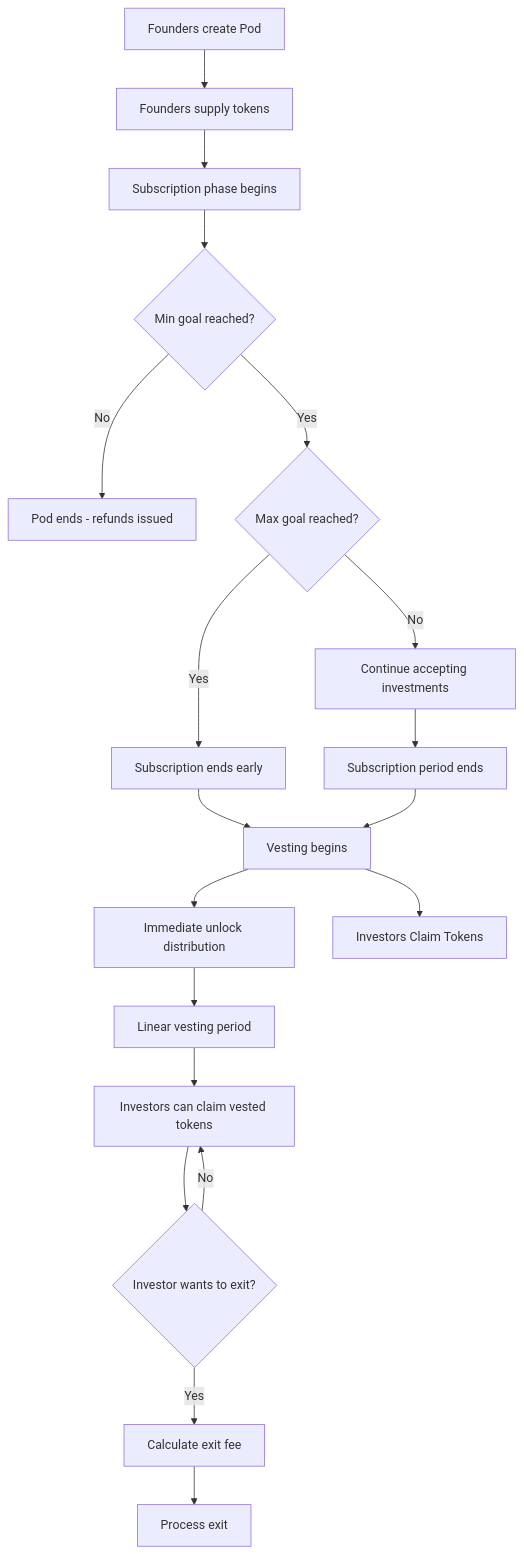
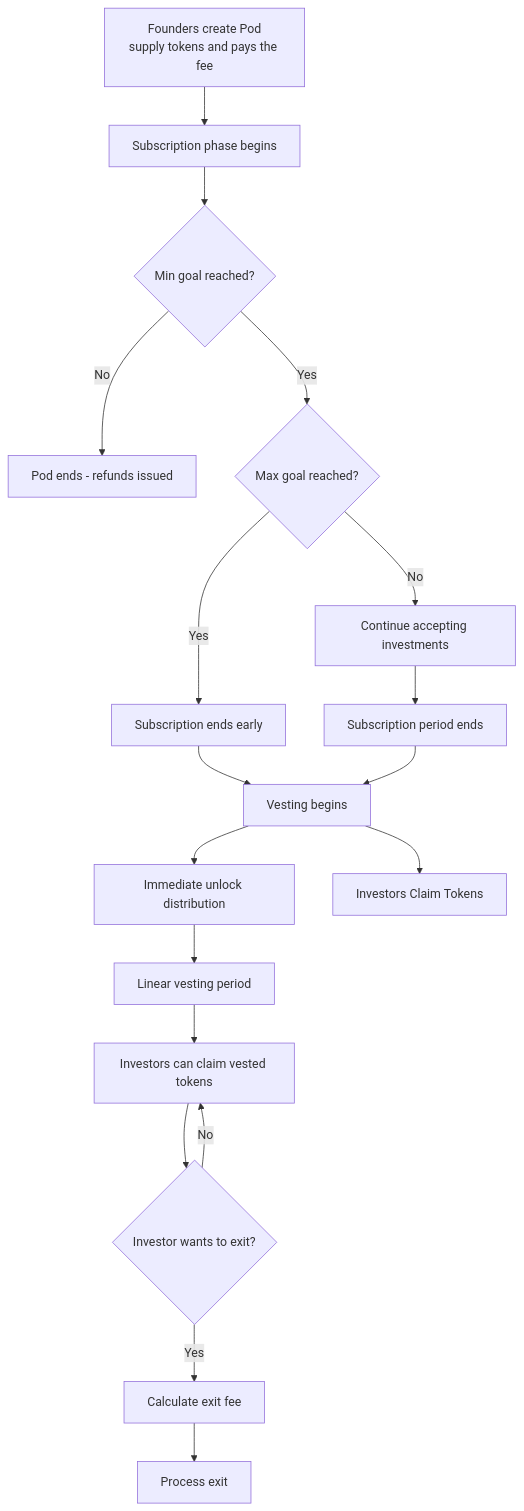
Before and after one commit to gonative-cc/credible: the diagram in README.md, drawn with Mermaid. The commit also changed other lines of this file and 3 other files, not shown here.

````diff
--- a/README.md
+++ b/README.md
@@ -56,21 +56,20 @@
 ```mermaid
 graph TD
-    A[Founders create Pod] --> B[Founders supply tokens]
-    B --> C[Subscription phase begins]
+    A[Founders create Pod<br>supply tokens and pays the fee] --> C[Subscription phase begins]
     C --> D{Min goal reached?}
     D -->|No| E[Pod ends - refunds issued]
     D -->|Yes| F{Max goal reached?}
     F -->|No| G[Continue accepting investments]
     F -->|Yes| H[Subscription ends early]
     G --> I[Subscription period ends]
     H --> J[Vesting begins]
     I --> J
     J --> K[Immediate unlock distribution]
     K --> L[Linear vesting period]
     L --> M[Investors can claim vested tokens]
     M --> N{Investor wants to exit?}
     N -->|Yes| O[Calculate exit fee]
     O --> P[Process exit]
     N -->|No| M
     J --> X[Investors Claim Tokens]
 ```
````
